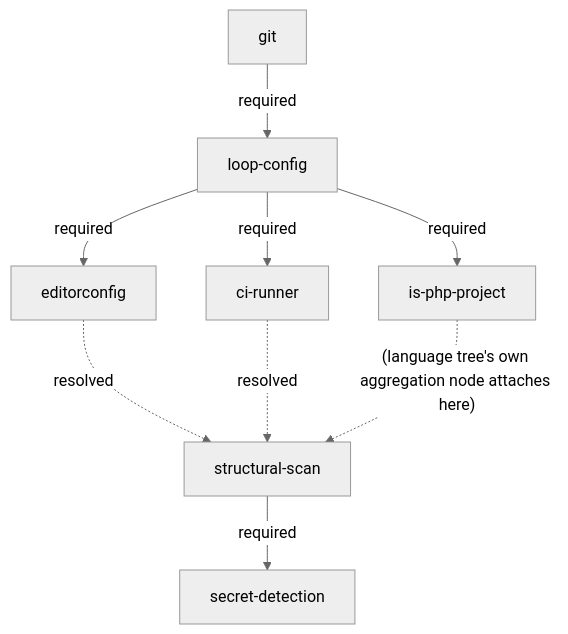
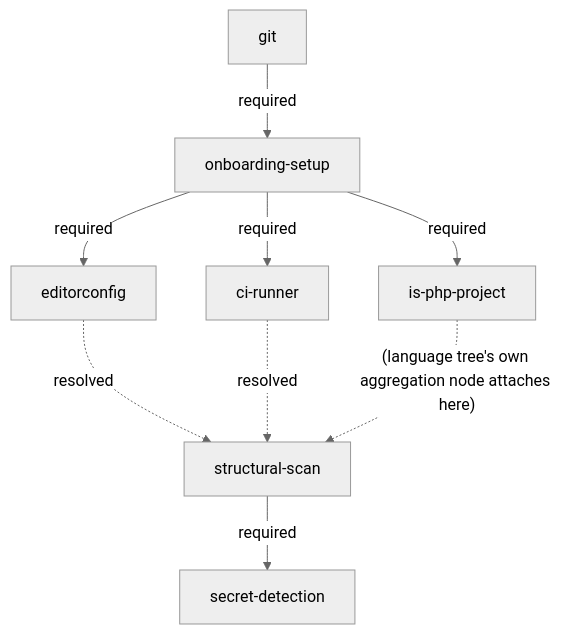
Before and after one commit to Art4/continuous-refactoring: the diagram in skills/refactor-scan/references/tooling-tree.md, drawn with Mermaid (neutral theme). The commit also changed other lines of this file and 54 other files, not shown here.

First line of the commit message:
refactor: rename tooling-tree node loop-config to onboarding-setup

````diff
--- a/skills/refactor-scan/references/tooling-tree.md
+++ b/skills/refactor-scan/references/tooling-tree.md
@@ -7,19 +7,19 @@
 ```mermaid
 graph TD
     git[git]
-    lc[loop-config]
+    lc[onboarding-setup]
     ipp[is-php-project]
     ci[ci-runner]
     edc[editorconfig]
     sd[secret-detection]
     ss[structural-scan]
 
     git -->|required| lc
     lc -->|required| ipp
     lc -->|required| ci
     lc -->|required| edc
     edc -.->|resolved| ss
     ci -.->|resolved| ss
     ipp -.->|"(language tree's own aggregation node attaches here)"| ss
     ss -->|required| sd
 ```
````
